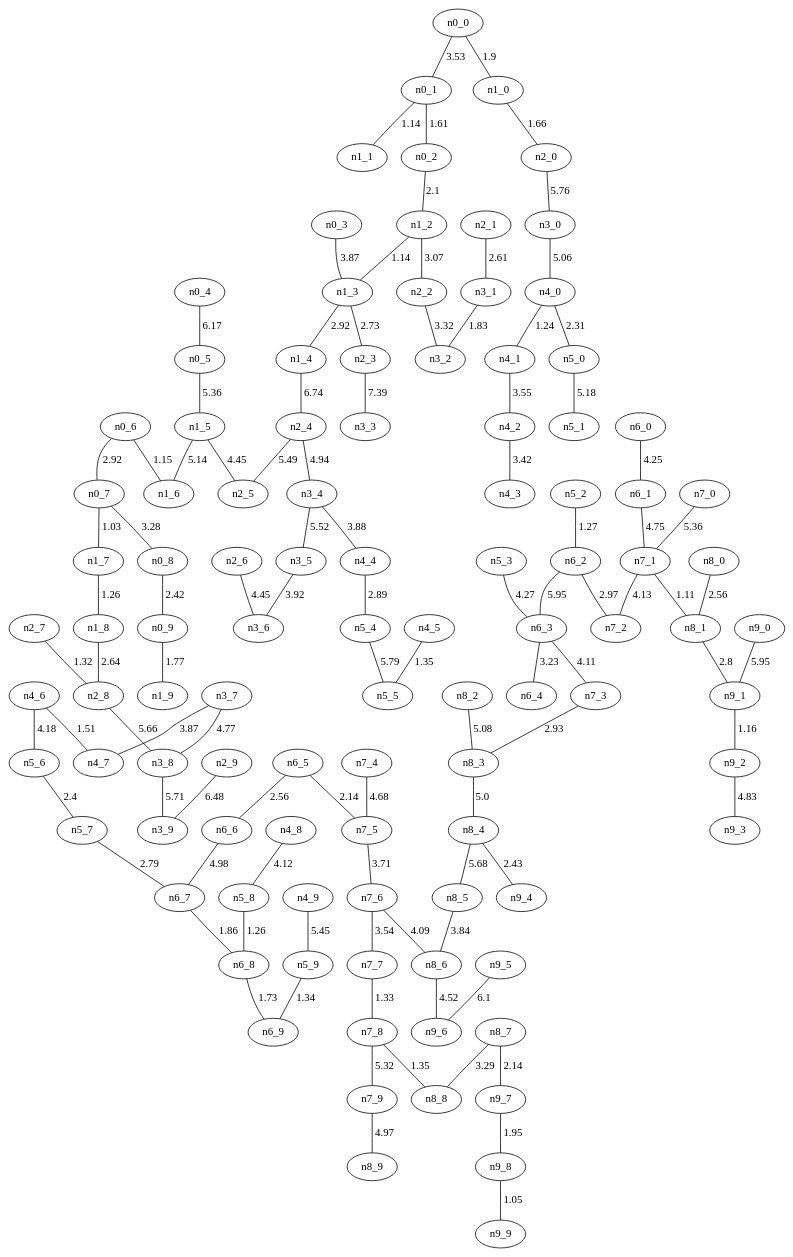
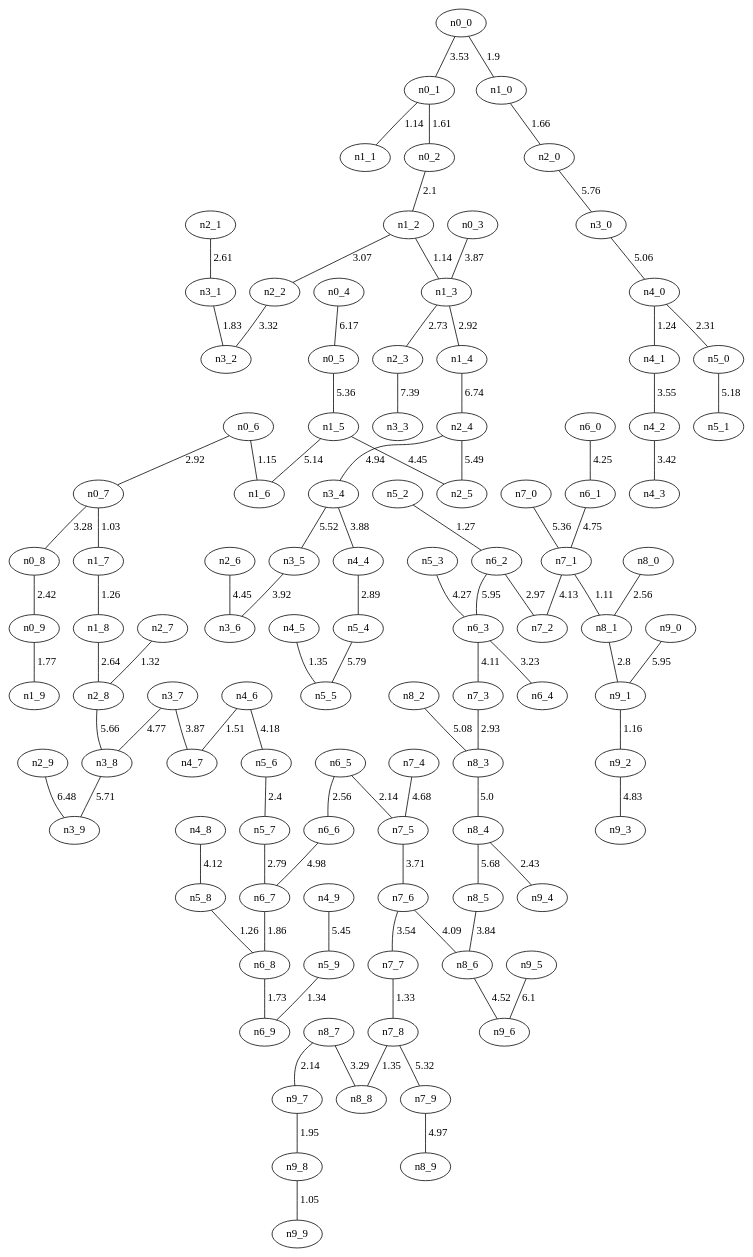
Before and after one commit to amorac4/DAA24: the diagram in Proyecto 4/Grafos MST/grafo_malla_100_kruskal_directo.gv, drawn with Graphviz. The commit also changed other lines of this file and 62 other files, not shown here.

```diff
--- a/Proyecto 4/Grafos MST/grafo_malla_100_kruskal_directo.gv
+++ b/Proyecto 4/Grafos MST/grafo_malla_100_kruskal_directo.gv
@@ -1,109 +1,109 @@
 graph G{
-"n6_7";
-"n2_0";
+"n4_4";
+"n6_2";
+"n7_7";
+"n7_0";
+"n5_5";
+"n4_9";
+"n5_8";
+"n1_4";
+"n8_7";
 "n5_9";
-"n7_8";
-"n5_7";
-"n8_6";
-"n7_1";
-"n0_1";
-"n4_0";
+"n4_2";
+"n5_3";
+"n9_6";
+"n4_8";
+"n1_3";
+"n1_5";
+"n1_9";
+"n0_6";
+"n3_4";
+"n3_3";
+"n1_0";
+"n8_3";
+"n5_0";
+"n0_3";
+"n9_2";
+"n7_3";
+"n2_1";
+"n7_6";
+"n4_6";
+"n9_4";
 "n8_2";
 "n1_6";
+"n2_6";
+"n4_5";
+"n2_4";
+"n6_1";
+"n7_2";
+"n8_0";
+"n2_2";
+"n1_8";
+"n7_5";
+"n9_0";
+"n2_7";
+"n9_7";
+"n6_6";
+"n3_2";
+"n9_9";
+"n2_3";
+"n0_0";
+"n1_1";
+"n0_9";
+"n5_2";
+"n6_0";
 "n1_7";
+"n2_9";
+"n6_7";
+"n9_8";
+"n9_1";
+"n6_8";
+"n3_1";
+"n5_6";
+"n0_1";
+"n5_4";
+"n7_8";
+"n4_3";
+"n2_0";
 "n8_5";
+"n0_5";
+"n4_0";
+"n8_8";
+"n0_7";
+"n5_7";
+"n6_4";
+"n8_9";
+"n3_9";
+"n3_8";
+"n0_2";
+"n8_1";
+"n9_3";
+"n4_7";
+"n6_9";
+"n9_5";
 "n3_5";
-"n1_8";
-"n5_6";
-"n0_2";
-"n7_2";
-"n7_0";
-"n9_3";
-"n9_5";
+"n7_9";
+"n0_8";
+"n4_1";
+"n1_2";
+"n0_4";
+"n8_6";
+"n7_4";
+"n6_3";
+"n5_1";
+"n6_5";
 "n3_0";
-"n3_2";
-"n6_3";
-"n3_7";
-"n3_9";
-"n2_9";
-"n6_1";
-"n3_1";
-"n9_9";
-"n3_3";
-"n0_6";
-"n4_5";
-"n0_4";
-"n4_3";
-"n5_3";
-"n2_1";
-"n8_7";
-"n1_5";
-"n4_9";
-"n9_2";
-"n9_1";
-"n7_5";
 "n2_8";
-"n1_9";
-"n5_8";
-"n3_8";
-"n9_4";
-"n8_3";
-"n0_0";
-"n4_2";
-"n1_3";
-"n6_0";
-"n7_7";
-"n0_3";
-"n5_0";
-"n9_6";
-"n4_8";
-"n5_5";
-"n7_6";
-"n6_5";
-"n5_1";
-"n5_4";
-"n0_9";
+"n2_5";
 "n8_4";
 "n3_6";
-"n6_8";
-"n6_6";
-"n7_3";
-"n1_2";
-"n2_7";
-"n5_2";
-"n9_0";
-"n8_0";
-"n3_4";
-"n7_4";
-"n9_7";
-"n4_4";
-"n4_1";
-"n6_9";
-"n1_4";
-"n0_5";
-"n8_1";
-"n4_7";
-"n6_4";
-"n0_7";
-"n2_3";
-"n2_4";
-"n2_6";
-"n8_9";
-"n7_9";
-"n6_2";
-"n4_6";
-"n9_8";
-"n8_8";
-"n1_0";
-"n2_5";
-"n1_1";
-"n2_2";
-"n0_8";
+"n3_7";
+"n7_1";
 "n0_7"--"n1_7"[label="1.03"];
 "n9_8"--"n9_9"[label="1.05"];
 "n7_1"--"n8_1"[label="1.11"];
+"n0_1"--"n1_1"[label="1.14"];
 "n1_2"--"n1_3"[label="1.14"];
-"n0_1"--"n1_1"[label="1.14"];
 "n0_6"--"n1_6"[label="1.15"];
 "n9_1"--"n9_2"[label="1.16"];
 "n4_0"--"n4_1"[label="1.24"];
@@ -139,8 +139,8 @@
 "n5_7"--"n6_7"[label="2.79"];
 "n8_1"--"n9_1"[label="2.8"];
 "n4_4"--"n5_4"[label="2.89"];
+"n1_3"--"n1_4"[label="2.92"];
 "n0_6"--"n0_7"[label="2.92"];
-"n1_3"--"n1_4"[label="2.92"];
 "n7_3"--"n8_3"[label="2.93"];
 "n6_2"--"n7_2"[label="2.97"];
 "n1_2"--"n2_2"[label="3.07"];
@@ -154,8 +154,8 @@
 "n4_1"--"n4_2"[label="3.55"];
 "n7_5"--"n7_6"[label="3.71"];
 "n8_5"--"n8_6"[label="3.84"];
+"n0_3"--"n1_3"[label="3.87"];
 "n3_7"--"n4_7"[label="3.87"];
-"n0_3"--"n1_3"[label="3.87"];
 "n3_4"--"n4_4"[label="3.88"];
 "n3_5"--"n3_6"[label="3.92"];
 "n7_6"--"n8_6"[label="4.09"];
@@ -165,8 +165,8 @@
 "n4_6"--"n5_6"[label="4.18"];
 "n6_0"--"n6_1"[label="4.25"];
 "n5_3"--"n6_3"[label="4.27"];
+"n1_5"--"n2_5"[label="4.45"];
 "n2_6"--"n3_6"[label="4.45"];
-"n1_5"--"n2_5"[label="4.45"];
 "n8_6"--"n9_6"[label="4.52"];
 "n7_4"--"n7_5"[label="4.68"];
 "n6_1"--"n7_1"[label="4.75"];
@@ -191,8 +191,8 @@
 "n3_8"--"n3_9"[label="5.71"];
 "n2_0"--"n3_0"[label="5.76"];
 "n5_4"--"n5_5"[label="5.79"];
+"n6_2"--"n6_3"[label="5.95"];
 "n9_0"--"n9_1"[label="5.95"];
-"n6_2"--"n6_3"[label="5.95"];
 "n9_5"--"n9_6"[label="6.1"];
 "n0_4"--"n0_5"[label="6.17"];
 "n2_9"--"n3_9"[label="6.48"];
```
